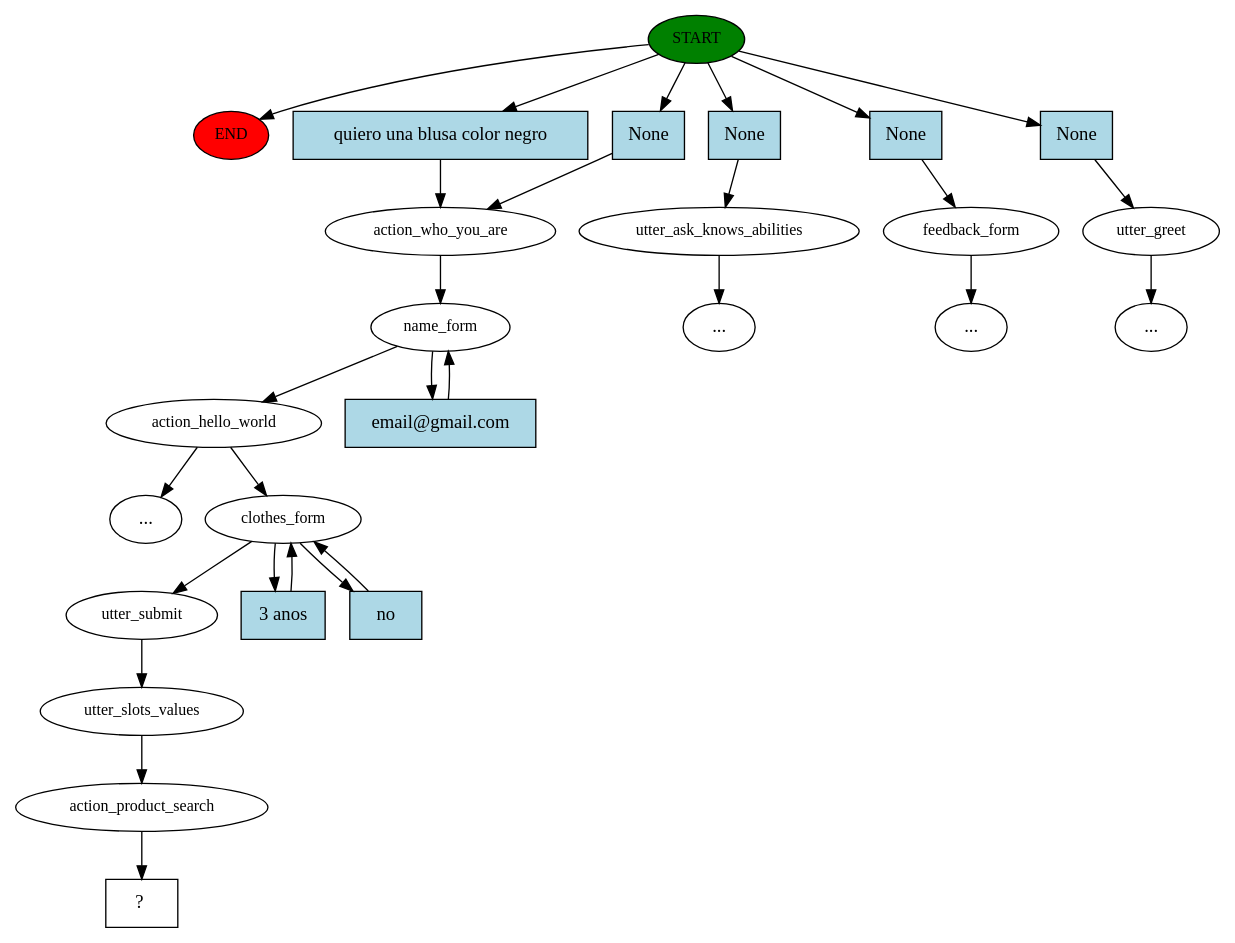
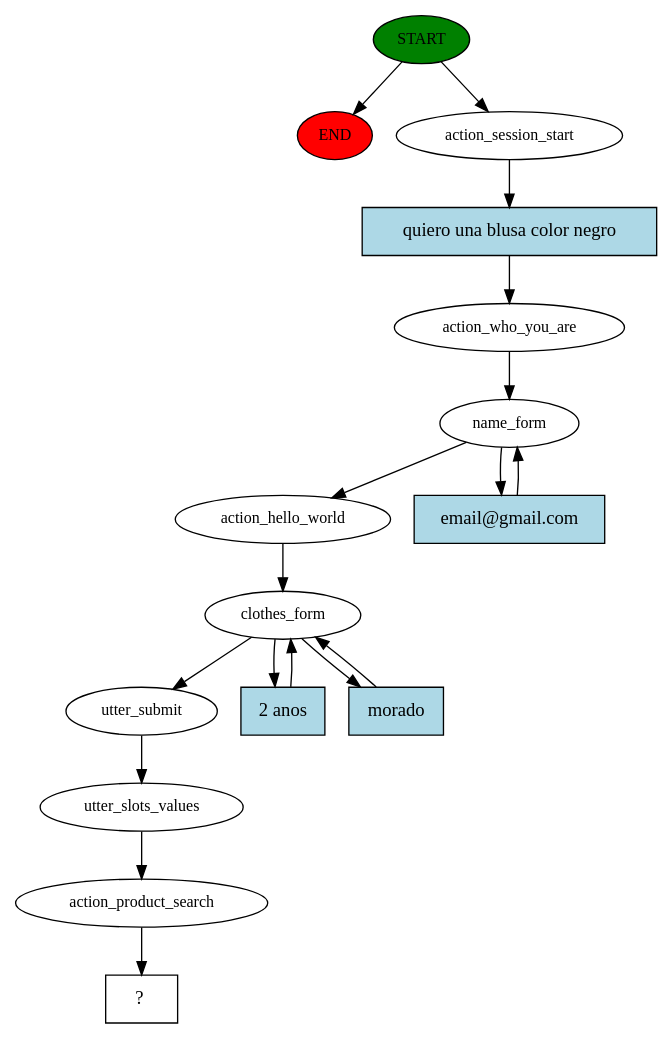
The diagram in story_graph.dot (kabirivan/Ecommerce-Assistant-Jasmine), drawn with Graphviz before and after one commit. The commit also changed 2 other files, not shown here.

```diff
--- a/story_graph.dot
+++ b/story_graph.dot
@@ -1,55 +1,34 @@
 digraph  {
 0 [class="start active", fillcolor=green, fontsize=12, label=START, style=filled];
 "-1" [class=end, fillcolor=red, fontsize=12, label=END, style=filled];
-1 [class=active, fontsize=12, label=action_who_you_are];
-2 [class=active, fontsize=12, label=name_form];
-3 [class=active, fontsize=12, label=action_hello_world];
-"-4" [class=ellipsis, label="..."];
-7 [class="", fontsize=12, label=utter_ask_knows_abilities];
-"-5" [class=ellipsis, label="..."];
-8 [class="", fontsize=12, label=feedback_form];
-"-6" [class=ellipsis, label="..."];
-9 [class="", fontsize=12, label=utter_greet];
-"-8" [class=ellipsis, label="..."];
-16 [class=active, fontsize=12, label=clothes_form];
-19 [class=active, fontsize=12, label=utter_submit];
-20 [class=active, fontsize=12, label=utter_slots_values];
-21 [class=active, fontsize=12, label=action_product_search];
-22 [class="intent dashed active", label="  ?  ", shape=rect];
-23 [class="intent active", fillcolor=lightblue, label="quiero una blusa color negro", shape=rect, style=filled];
-24 [class=intent, fillcolor=lightblue, label=None, shape=rect, style=filled];
-25 [class=intent, fillcolor=lightblue, label=None, shape=rect, style=filled];
-26 [class=intent, fillcolor=lightblue, label=None, shape=rect, style=filled];
-27 [class=intent, fillcolor=lightblue, label=None, shape=rect, style=filled];
-28 [class="intent active", fillcolor=lightblue, label="email@gmail.com", shape=rect, style=filled];
-29 [class="intent active", fillcolor=lightblue, label="3 anos", shape=rect, style=filled];
-30 [class="intent active", fillcolor=lightblue, label=no, shape=rect, style=filled];
+1 [class=active, fontsize=12, label=action_session_start];
+2 [class=active, fontsize=12, label=action_who_you_are];
+3 [class=active, fontsize=12, label=name_form];
+6 [class=active, fontsize=12, label=action_hello_world];
+7 [class=active, fontsize=12, label=clothes_form];
+10 [class=active, fontsize=12, label=utter_submit];
+11 [class=active, fontsize=12, label=utter_slots_values];
+12 [class=active, fontsize=12, label=action_product_search];
+13 [class="intent dashed active", label="  ?  ", shape=rect];
+14 [class="intent active", fillcolor=lightblue, label="quiero una blusa color negro", shape=rect, style=filled];
+15 [class="intent active", fillcolor=lightblue, label="email@gmail.com", shape=rect, style=filled];
+16 [class="intent active", fillcolor=lightblue, label="2 anos", shape=rect, style=filled];
+17 [class="intent active", fillcolor=lightblue, label=morado, shape=rect, style=filled];
 0 -> "-1"  [class="", key=NONE, label=""];
-0 -> 23  [class=active, key=0];
-0 -> 24  [class="", key=0];
-0 -> 25  [class="", key=0];
-0 -> 26  [class="", key=0];
-0 -> 27  [class="", key=0];
-1 -> 2  [class=active, key=NONE, label=""];
+0 -> 1  [class=active, key=NONE, label=""];
+1 -> 14  [class=active, key=0];
 2 -> 3  [class=active, key=NONE, label=""];
-2 -> 28  [class=active, key=0];
-3 -> "-4"  [class="", key=NONE, label=""];
-3 -> 16  [class=active, key=NONE, label=""];
-7 -> "-5"  [class="", key=NONE, label=""];
-8 -> "-6"  [class="", key=NONE, label=""];
-9 -> "-8"  [class="", key=NONE, label=""];
-16 -> 19  [class=active, key=NONE, label=""];
-16 -> 29  [class=active, key=0];
-16 -> 30  [class=active, key=0];
-19 -> 20  [class=active, key=NONE, label=""];
-20 -> 21  [class=active, key=NONE, label=""];
-21 -> 22  [class=active, key=NONE, label=""];
-23 -> 1  [class=active, key=0];
-24 -> 1  [class="", key=0];
-25 -> 7  [class="", key=0];
-26 -> 8  [class="", key=0];
-27 -> 9  [class="", key=0];
-28 -> 2  [class=active, key=0];
-29 -> 16  [class=active, key=0];
-30 -> 16  [class=active, key=0];
+3 -> 6  [class=active, key=NONE, label=""];
+3 -> 15  [class=active, key=0];
+6 -> 7  [class=active, key=NONE, label=""];
+7 -> 10  [class=active, key=NONE, label=""];
+7 -> 16  [class=active, key=0];
+7 -> 17  [class=active, key=0];
+10 -> 11  [class=active, key=NONE, label=""];
+11 -> 12  [class=active, key=NONE, label=""];
+12 -> 13  [class=active, key=NONE, label=""];
+14 -> 2  [class=active, key=0];
+15 -> 3  [class=active, key=0];
+16 -> 7  [class=active, key=0];
+17 -> 7  [class=active, key=0];
 }
```
